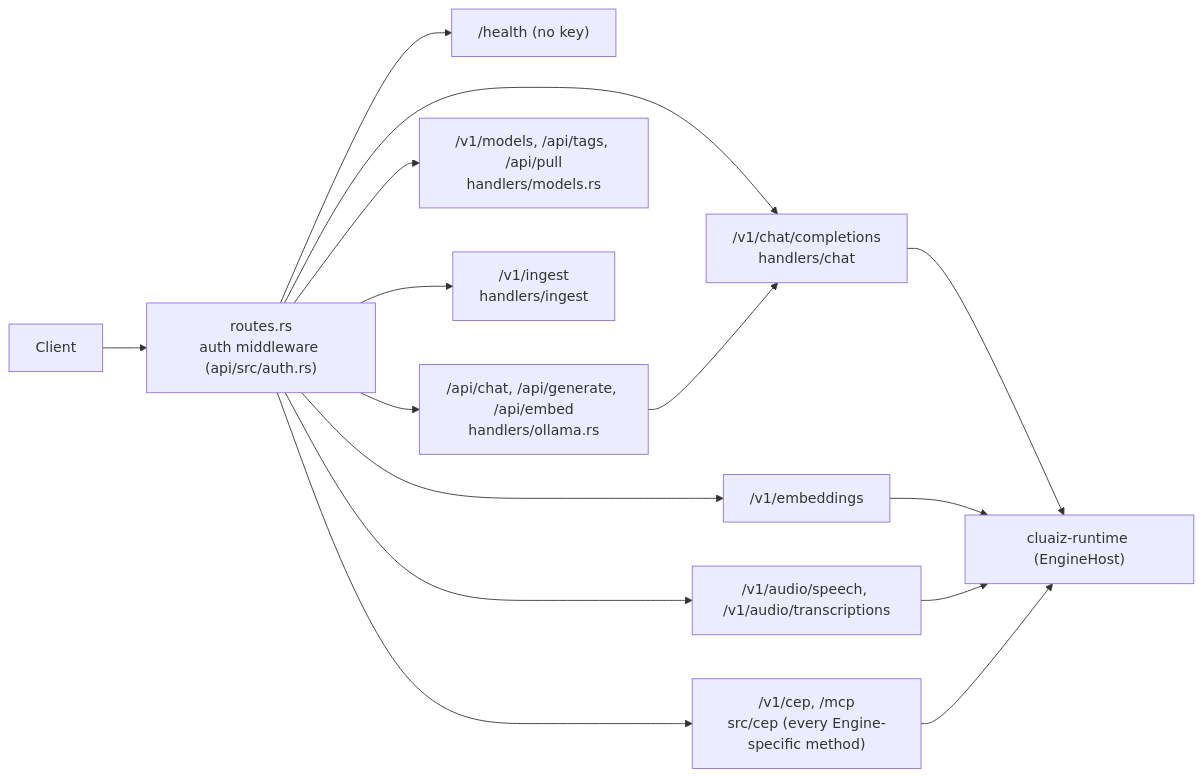
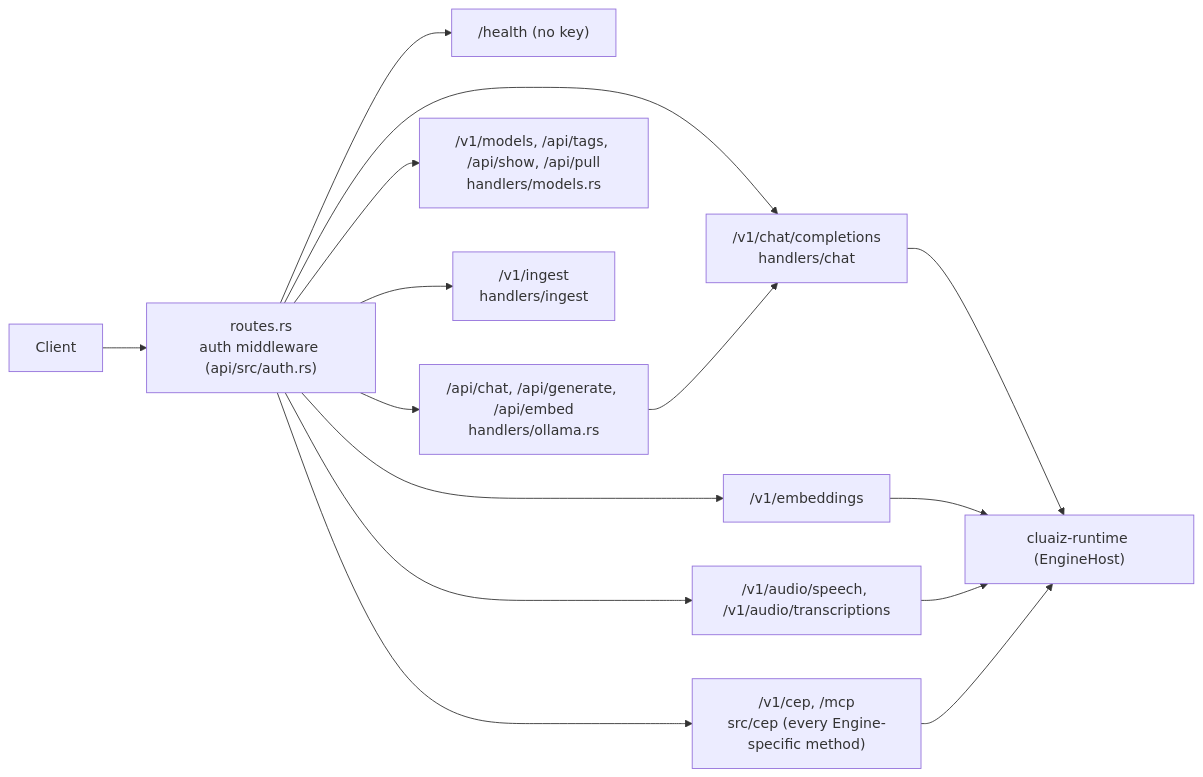
The first of 5 diagrams in api/README.md (cluaiz/cluaiz), drawn with Mermaid before and after one commit. The commit also changed other lines of this file and 13 other files, not shown here.

Commit message:
feat(api): Ollama's /api/show answers an installed model's details and GGUF header in Ollama's shape, 404 for an unknown model

````diff
--- a/api/README.md
+++ b/api/README.md
@@ -17,16 +17,16 @@
 ```mermaid
 graph LR
     C["Client"] --> R["routes.rs<br/>auth middleware (api/src/auth.rs)"]
     R --> H["/health (no key)"]
     R --> OAI["/v1/chat/completions<br/>handlers/chat"]
     R --> OLL["/api/chat, /api/generate, /api/embed<br/>handlers/ollama.rs"] --> OAI
-    R --> M["/v1/models, /api/tags, /api/pull<br/>handlers/models.rs"]
+    R --> M["/v1/models, /api/tags, /api/show, /api/pull<br/>handlers/models.rs"]
     R --> E["/v1/embeddings"]
     R --> A["/v1/audio/speech, /v1/audio/transcriptions"]
     R --> I["/v1/ingest<br/>handlers/ingest"]
     R --> CEP["/v1/cep, /mcp<br/>src/cep (every Engine-specific method)"]
     OAI --> RT["cluaiz-runtime (EngineHost)"]
     E --> RT
     A --> RT
     CEP --> RT
 ```
````
